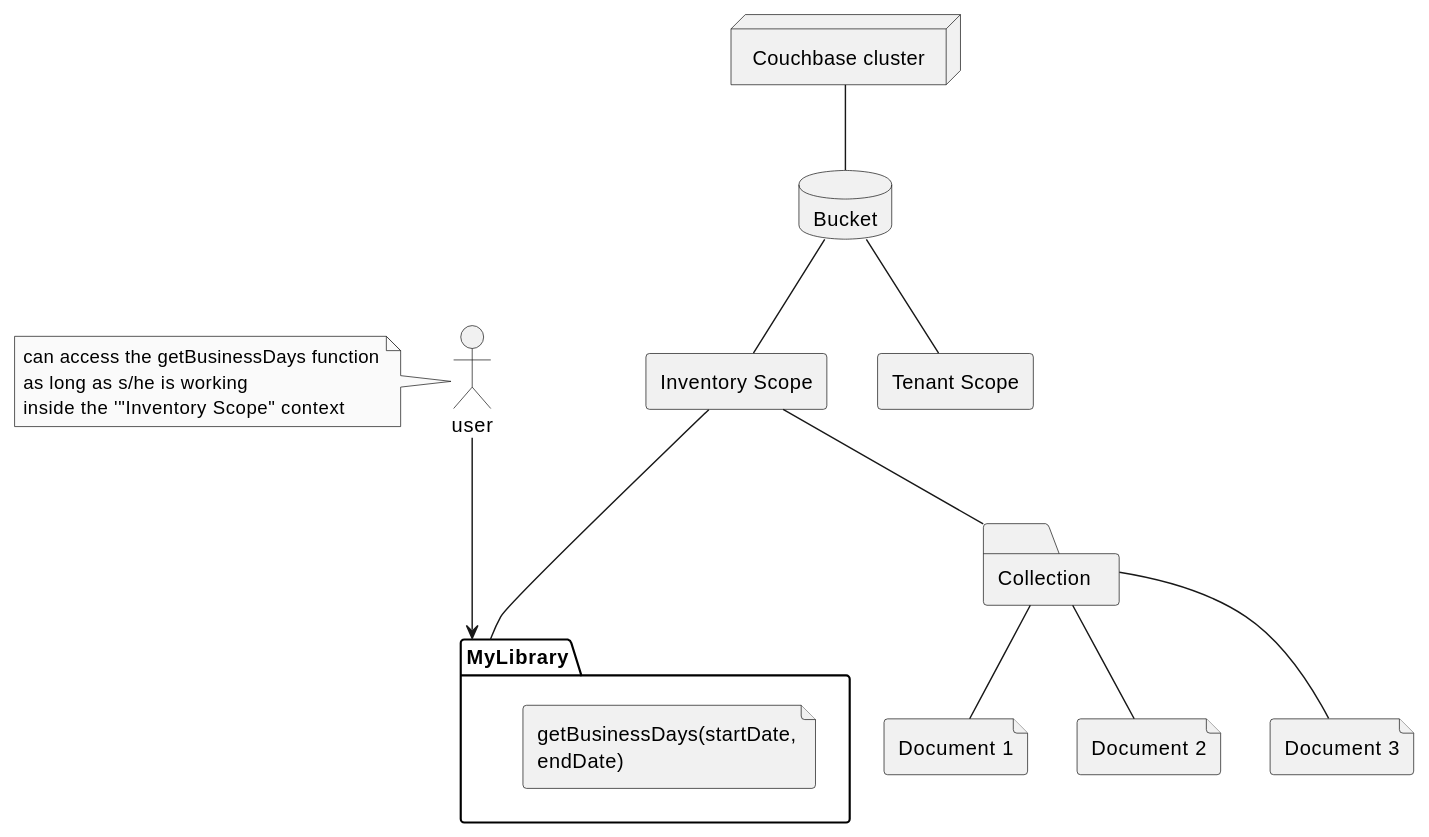
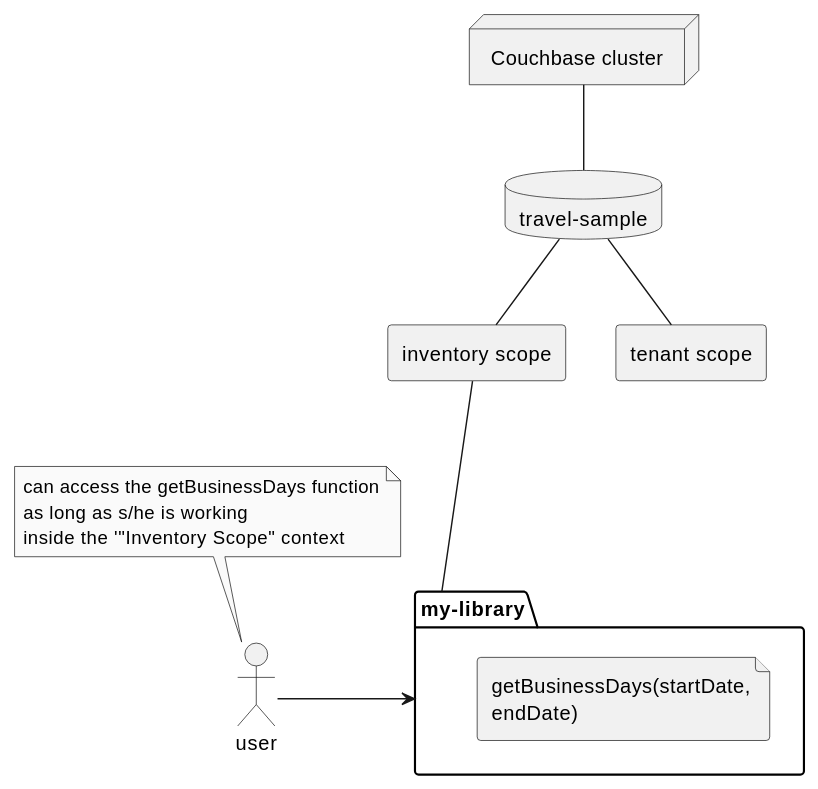
The fifth of 5 diagrams in modules/guides/partials/javascript-udfs/diagrams-plantuml.adoc (couchbase/docs-server), drawn with PlantUML before and after one commit.

Commit message:
Fixing diagram in diagrams-plantuml.adoc

```diff
--- a/modules/guides/partials/javascript-udfs/diagrams-plantuml.adoc
+++ b/modules/guides/partials/javascript-udfs/diagrams-plantuml.adoc
@@ -92,47 +92,37 @@
 [plantuml]
 ----
 @startuml
 
 skinparam monochrome true
 allow_mixing
 
-package MyLibrary {
+package "my-library" as MyLibrary {
    file "getBusinessDays(startDate, \nendDate)" as getBusinessDays
 }
  
 actor "user" as user
 
 node "Couchbase cluster" as cluster
 
-database "Bucket" as bucket
+database "travel-sample" as bucket
 
-rectangle "Inventory Scope" as inventory
-rectangle "Tenant Scope" as tenant
+rectangle "inventory scope" as inventory
+rectangle "tenant scope" as tenant
 
-folder "Collection" as collection
-
-
-file "Document 1" as document1
-file "Document 2" as document2
-file "Document 3" as document3
 
 cluster -- bucket
 bucket -- inventory
 bucket -- tenant
-inventory -- collection
-collection -- document1
-collection -- document2
-collection -- document3
 
 inventory --- MyLibrary
 
-user ---> MyLibrary
+user ---right---> MyLibrary
 
-note left of user
+note top of user
   can access the getBusinessDays function
   as long as s/he is working 
   inside the '"Inventory Scope" context
 end note
 
 @enduml
 ----
```
